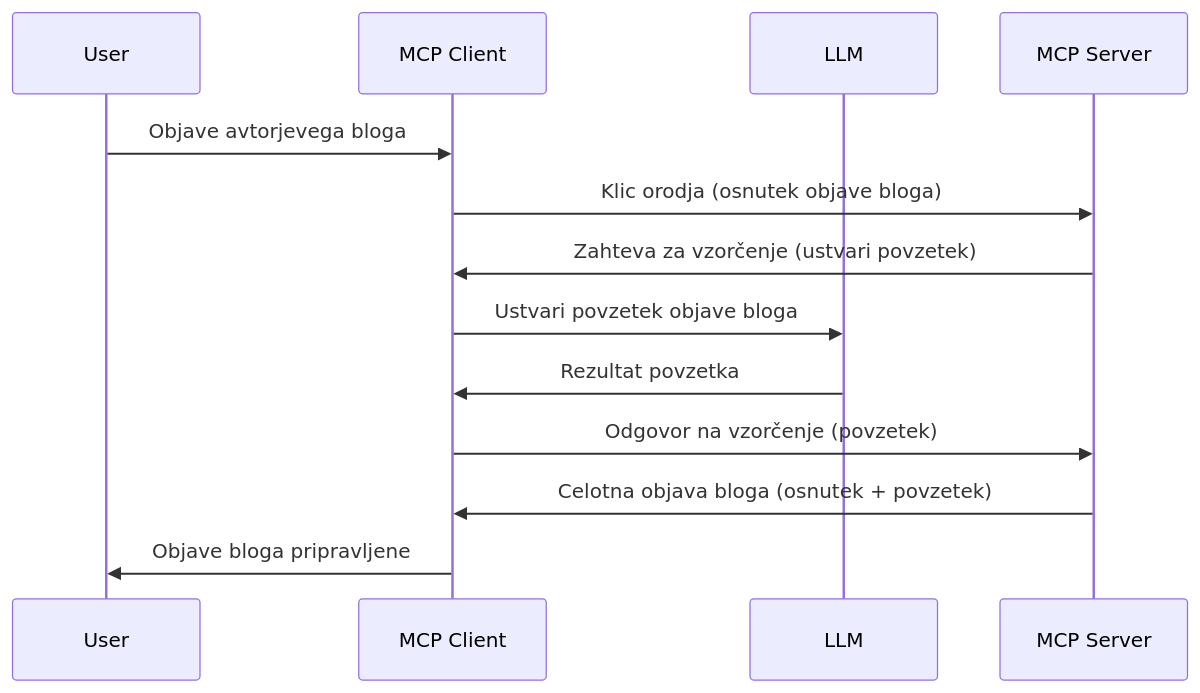
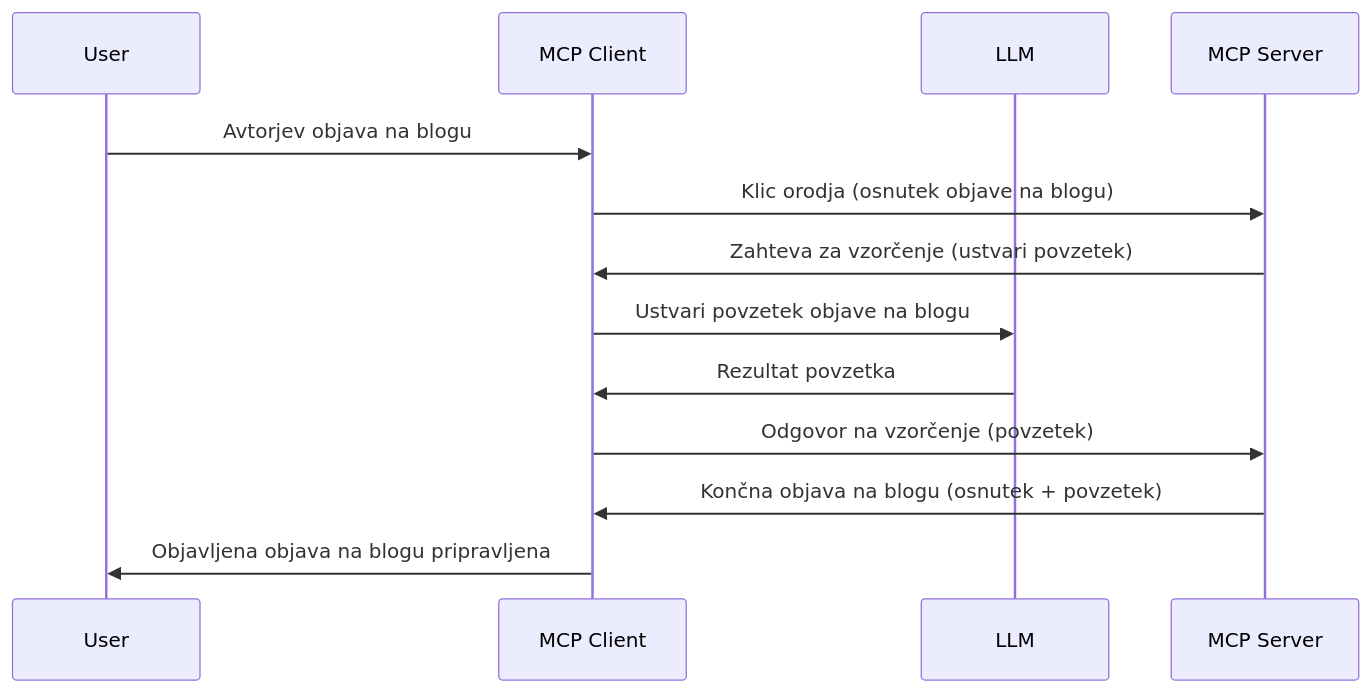
Before and after one commit to HIDORAKAI002/ai-workspace-archive: the diagram in mcp_ecosystem__model_context_protocol/mcp_learning_resources/mcp-for-beginners/translations/sl/03-GettingStarted/14-sampling/README.md, drawn with Mermaid. The commit also changed other lines of this file and 5721 other files, not shown here.

Commit message:
chore(sync): update MCP Python SDK, MCP TypeScript SDK, Supabase MCP, Kubernetes MCP Server, Git MCP, MCP Agent, Awesome ChatGPT Prompts, Langfuse, +62 more

````diff
--- a/mcp_ecosystem__model_context_protocol/mcp_learning_resources/mcp-for-beginners/translations/sl/03-GettingStarted/14-sampling/README.md
+++ b/mcp_ecosystem__model_context_protocol/mcp_learning_resources/mcp-for-beginners/translations/sl/03-GettingStarted/14-sampling/README.md
@@ -25,16 +27,16 @@
 ```mermaid
 sequenceDiagram
     participant User
     participant MCP Client
     participant LLM
     participant MCP Server
 
-    User->>MCP Client: Objave avtorjevega bloga
-    MCP Client->>MCP Server: Klic orodja (osnutek objave bloga)
+    User->>MCP Client: Avtorjev objava na blogu
+    MCP Client->>MCP Server: Klic orodja (osnutek objave na blogu)
     MCP Server->>MCP Client: Zahteva za vzorčenje (ustvari povzetek)
-    MCP Client->>LLM: Ustvari povzetek objave bloga
+    MCP Client->>LLM: Ustvari povzetek objave na blogu
     LLM->>MCP Client: Rezultat povzetka
     MCP Client->>MCP Server: Odgovor na vzorčenje (povzetek)
-    MCP Server->>MCP Client: Celotna objava bloga (osnutek + povzetek)
-    MCP Client->>User: Objave bloga pripravljene
+    MCP Server->>MCP Client: Končna objava na blogu (osnutek + povzetek)
+    MCP Client->>User: Objavljena objava na blogu pripravljena
 ```
````
